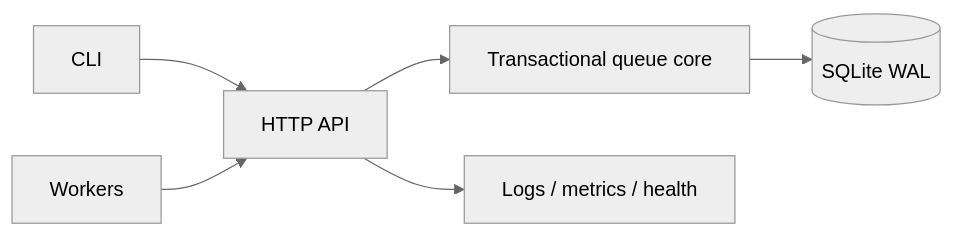
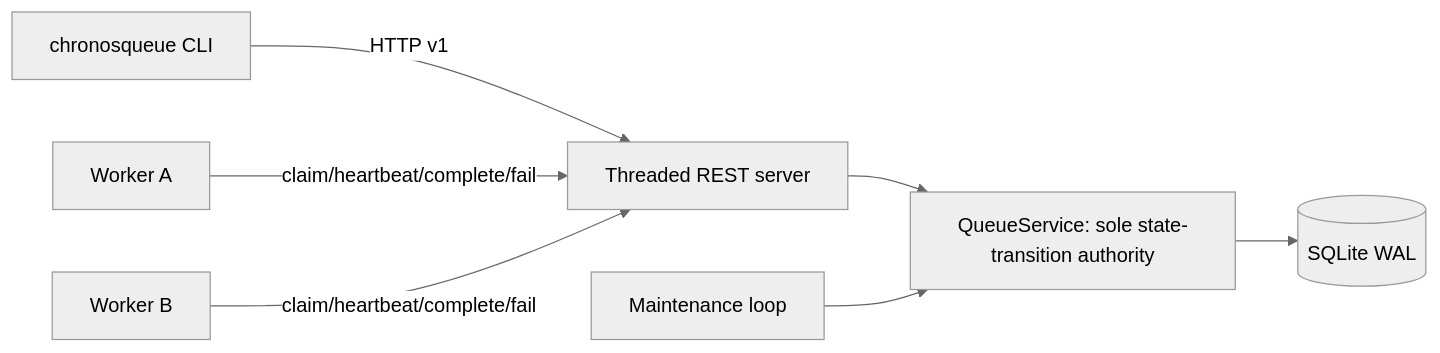
One commit to SaridakisStamatisChristos/ChronosQueue changed the first of 2 diagrams in docs/architecture.md. Above: the diagram before and after it, drawn with Mermaid (neutral theme). The commit also changed other lines of this file and 78 other files, not shown here.

````diff
--- a/docs/architecture.md
+++ b/docs/architecture.md
@@ -5,8 +5,9 @@
 ```mermaid
 flowchart LR
-  CLI[CLI] --> API[HTTP API]
-  Worker[Workers] --> API
-  API --> Core[Transactional queue core]
-  Core --> DB[(SQLite WAL)]
-  API --> Obs[Logs / metrics / health]
+  CLI[chronosqueue CLI] -->|HTTP v1| API[Threaded REST server]
+  W1[Worker A] -->|claim/heartbeat/complete/fail| API
+  W2[Worker B] -->|claim/heartbeat/complete/fail| API
+  API --> S[QueueService: sole state-transition authority]
+  S --> DB[(SQLite WAL)]
+  M[Maintenance loop] --> S
 ```
````
